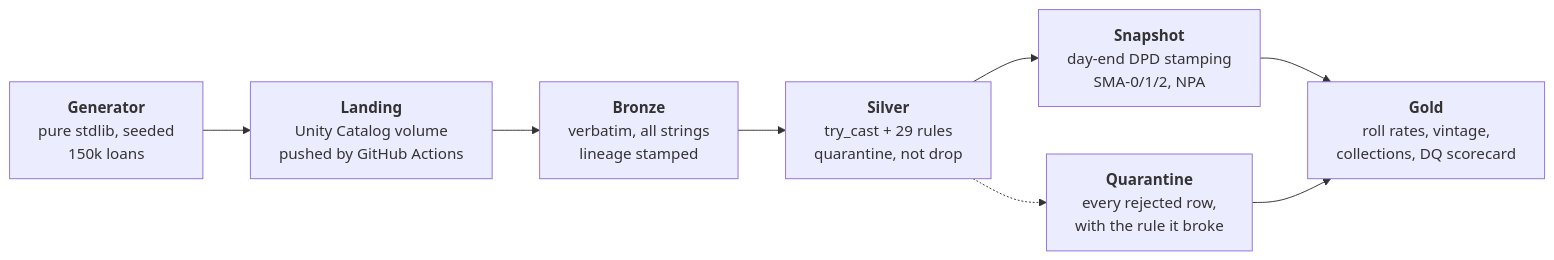
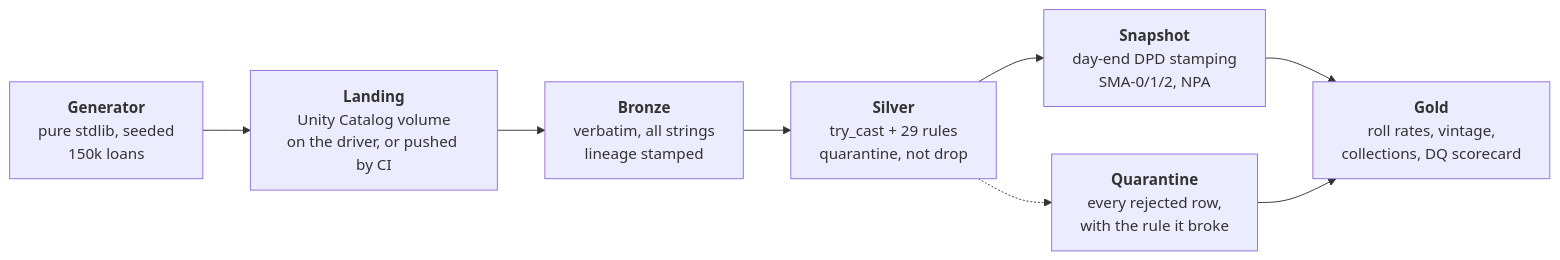
Before and after one commit to Git-ShivamPatil/bfsi-lending-lakehouse: the diagram in README.md, drawn with Mermaid. The commit also changed other lines of this file and 2 other files, not shown here.

````diff
--- a/README.md
+++ b/README.md
@@ -35,10 +70,10 @@
 ```mermaid
 flowchart LR
-    G["<b>Generator</b><br/>pure stdlib, seeded<br/>150k loans"] --> L["<b>Landing</b><br/>Unity Catalog volume<br/>pushed by GitHub Actions"]
+    G["<b>Generator</b><br/>pure stdlib, seeded<br/>150k loans"] --> L["<b>Landing</b><br/>Unity Catalog volume<br/>on the driver, or pushed by CI"]
     L --> B["<b>Bronze</b><br/>verbatim, all strings<br/>lineage stamped"]
     B --> S["<b>Silver</b><br/>try_cast + 29 rules<br/>quarantine, not drop"]
     S --> N["<b>Snapshot</b><br/>day-end DPD stamping<br/>SMA-0/1/2, NPA"]
     N --> D["<b>Gold</b><br/>roll rates, vintage,<br/>collections, DQ scorecard"]
     S -.-> Q["<b>Quarantine</b><br/>every rejected row,<br/>with the rule it broke"]
     Q --> D
 ```
````
